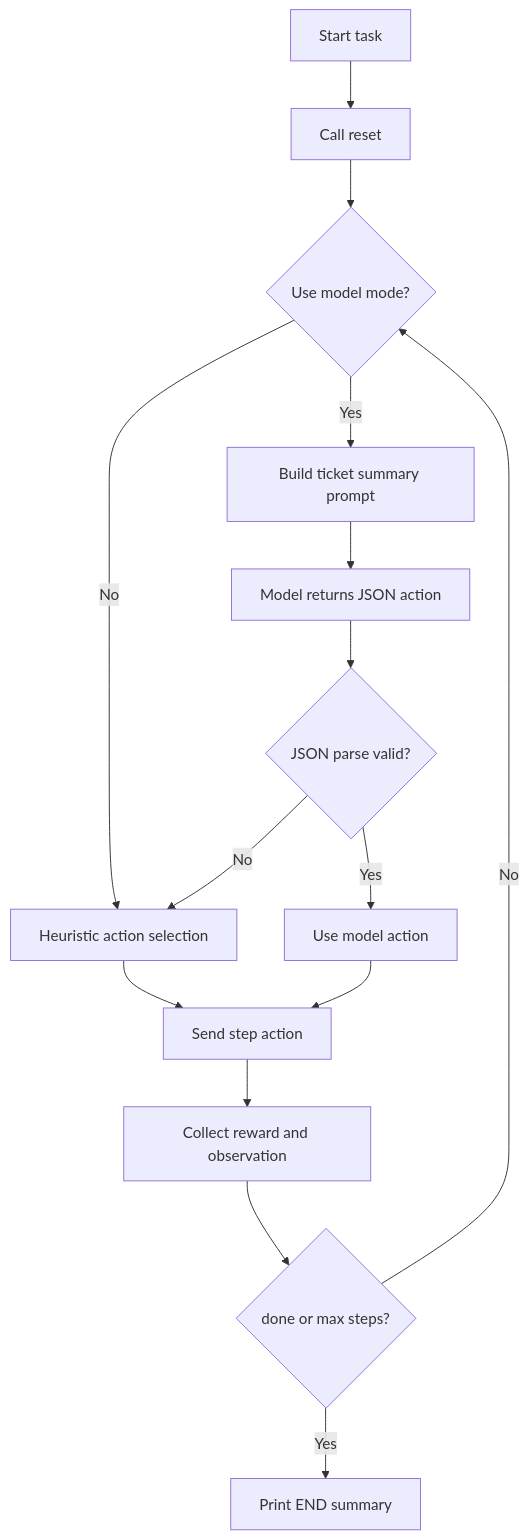
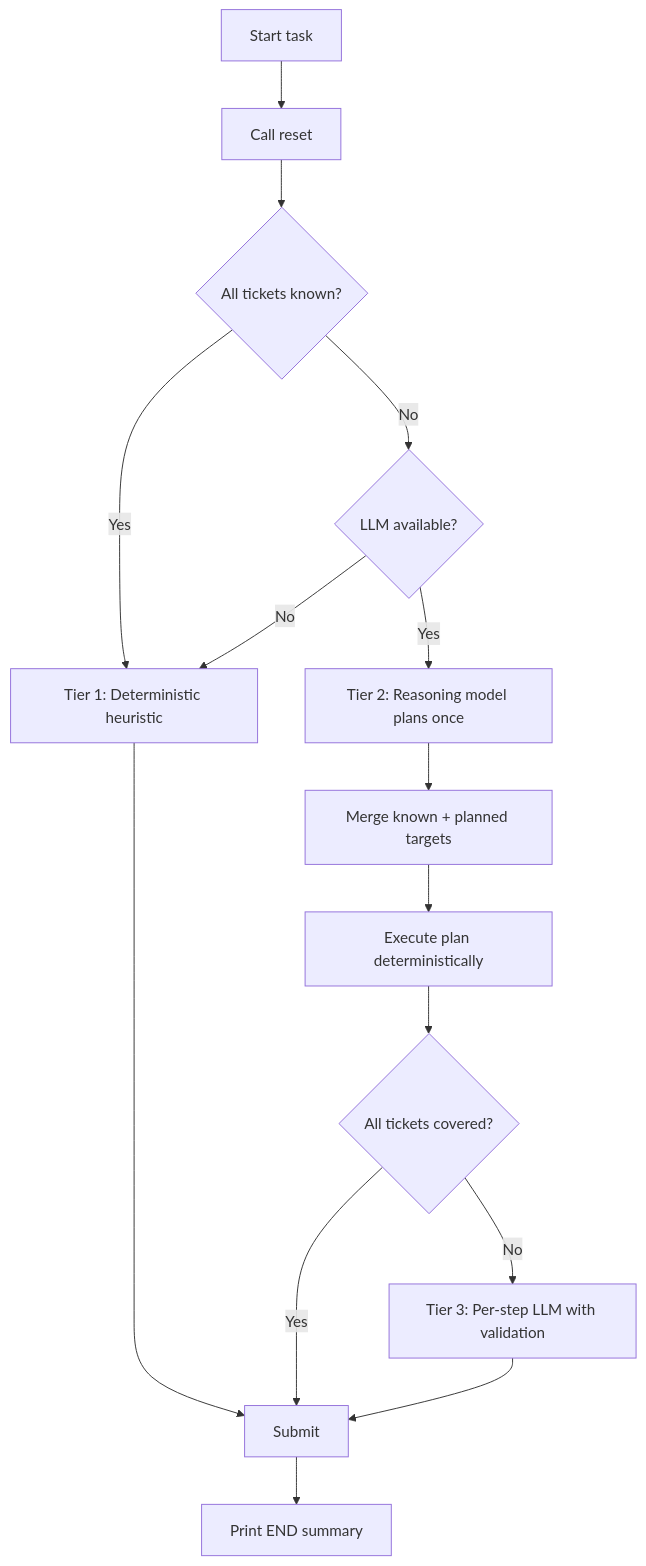
Before and after one commit to Dijo-404/Proj_Scale: the fourth of 5 diagrams in docs/guide.md, drawn with Mermaid. The commit also changed other lines of this file and 1 other file, not shown here.

````diff
--- a/docs/guide.md
+++ b/docs/guide.md
@@ -276,17 +284,17 @@
 ```mermaid
 flowchart TD
     A[Start task] --> B[Call reset]
-    B --> C{Use model mode?}
-    C -- No --> D[Heuristic action selection]
-    C -- Yes --> E[Build ticket summary prompt]
-    E --> F[Model returns JSON action]
-    F --> G{JSON parse valid?}
-    G -- No --> D
-    G -- Yes --> H[Use model action]
-    D --> I[Send step action]
-    H --> I
-    I --> J[Collect reward and observation]
-    J --> K{done or max steps?}
-    K -- No --> C
-    K -- Yes --> L[Print END summary]
+    B --> C{All tickets known?}
+    C -- Yes --> D[Tier 1: Deterministic heuristic]
+    C -- No --> E{LLM available?}
+    E -- No --> D
+    E -- Yes --> F[Tier 2: Reasoning model plans once]
+    F --> G[Merge known + planned targets]
+    G --> H[Execute plan deterministically]
+    H --> I{All tickets covered?}
+    I -- Yes --> J[Submit]
+    I -- No --> K[Tier 3: Per-step LLM with validation]
+    K --> J
+    D --> J
+    J --> L[Print END summary]
 ```
````
